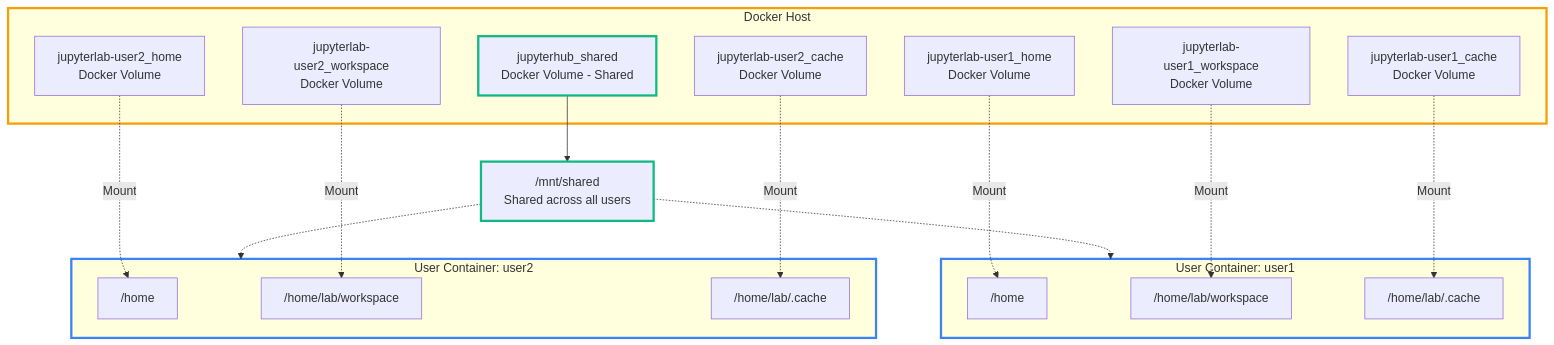
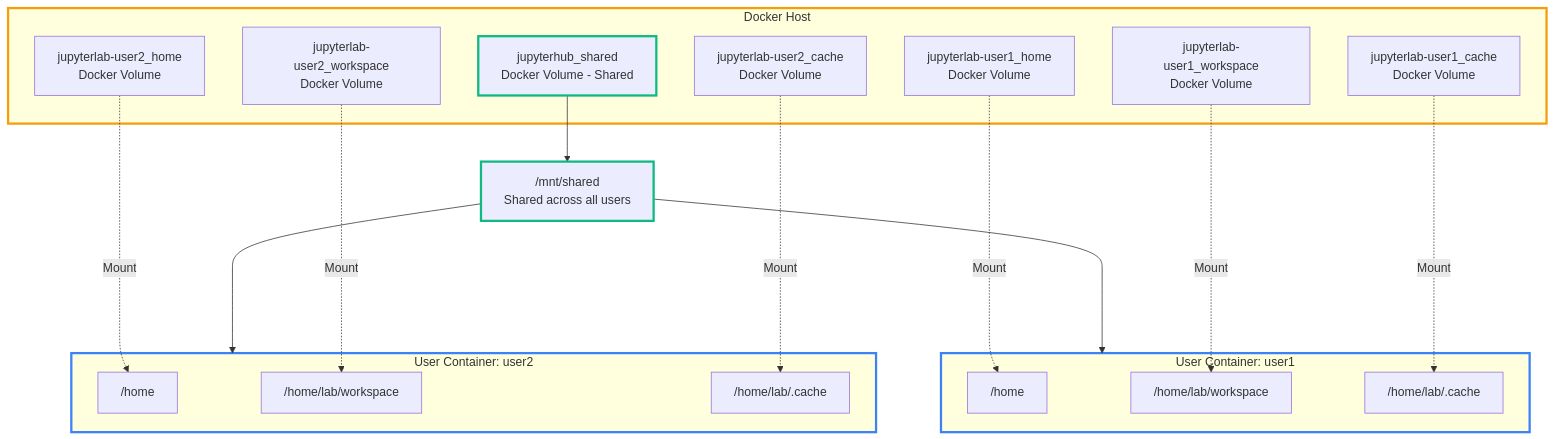
The fifth of 5 diagrams in README.md (stellarshenson/stellars-jupyterhub-ds), drawn with Mermaid before and after one commit. The commit also changed other lines of this file, not shown here.

Commit message:
docs: add note about user volume reset capability

````diff
--- a/README.md
+++ b/README.md
@@ -213,47 +213,47 @@
 ```mermaid
 graph TB
     subgraph HOST["Docker Host"]
         VOLHOME1["jupyterlab-user1_home<br/>Docker Volume"]
         VOLWORK1["jupyterlab-user1_workspace<br/>Docker Volume"]
         VOLCACHE1["jupyterlab-user1_cache<br/>Docker Volume"]
 
         VOLHOME2["jupyterlab-user2_home<br/>Docker Volume"]
         VOLWORK2["jupyterlab-user2_workspace<br/>Docker Volume"]
         VOLCACHE2["jupyterlab-user2_cache<br/>Docker Volume"]
 
         VOLSHARED["jupyterhub_shared<br/>Docker Volume - Shared"]
     end
 
     VOLHOME1 -.->|Mount| M1HOME
     VOLWORK1 -.->|Mount| M1WORK
     VOLCACHE1 -.->|Mount| M1CACHE
 
     VOLHOME2 -.->|Mount| M2HOME
     VOLWORK2 -.->|Mount| M2WORK
     VOLCACHE2 -.->|Mount| M2CACHE
 
     VOLSHARED --> MSHARED
 
     subgraph CONTAINER1["User Container: user1"]
         M1HOME["/home"]
         M1WORK["/home/lab/workspace"]
         M1CACHE["/home/lab/.cache"]
     end
 
     subgraph CONTAINER2["User Container: user2"]
         M2HOME["/home"]
         M2WORK["/home/lab/workspace"]
         M2CACHE["/home/lab/.cache"]
     end
 
     MSHARED["/mnt/shared<br/>Shared across all users"]
 
-    MSHARED -.-> CONTAINER1
-    MSHARED -.-> CONTAINER2
+    MSHARED ----> CONTAINER1
+    MSHARED ----> CONTAINER2
 
     style HOST stroke:#f59e0b,stroke-width:3px
     style CONTAINER1 stroke:#3b82f6,stroke-width:3px
     style CONTAINER2 stroke:#3b82f6,stroke-width:3px
     style VOLSHARED stroke:#10b981,stroke-width:3px
     style MSHARED stroke:#10b981,stroke-width:3px
 ```
````
